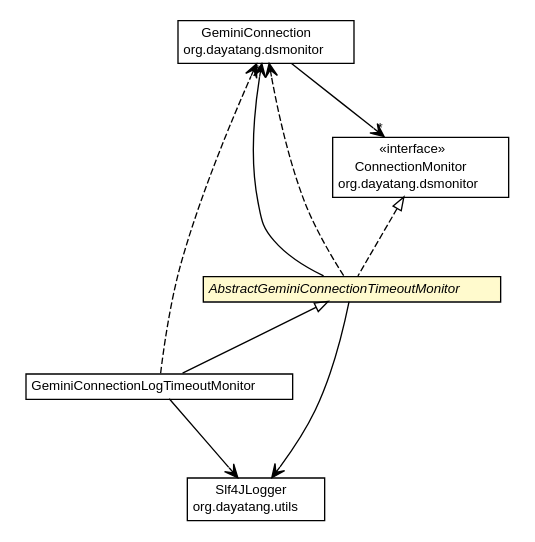
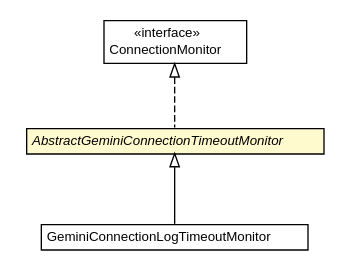
One commit to dayatang/dddlib changed the diagram in dddlib-datasource-monitor/apidocs/org/dayatang/dsmonitor/monitor/AbstractGeminiConnectionTimeoutMonitor.dot. Above: the diagram before and after it, drawn with Graphviz. The commit also changed 154 other files, not shown here.

```diff
--- a/dddlib-datasource-monitor/apidocs/org/dayatang/dsmonitor/monitor/AbstractGeminiConnectionTimeoutMonitor.dot
+++ b/dddlib-datasource-monitor/apidocs/org/dayatang/dsmonitor/monitor/AbstractGeminiConnectionTimeoutMonitor.dot
@@ -1,62 +1,35 @@
 #!/usr/local/bin/dot
 #
 # Class diagram 
 # Generated by UMLGraph version R5_6_6-8-g8d7759 (http://www.umlgraph.org/)
 #
 
 digraph G {
 	edge [fontname="Helvetica",fontsize=10,labelfontname="Helvetica",labelfontsize=10];
 	node [fontname="Helvetica",fontsize=10,shape=plaintext];
 	nodesep=0.25;
 	ranksep=0.5;
-	// org.dayatang.dsmonitor.GeminiConnection
-	c26 [label=<<table title="org.dayatang.dsmonitor.GeminiConnection" border="0" cellborder="1" cellspacing="0" cellpadding="2" port="p" href="../GeminiConnection.html">
-		<tr><td><table border="0" cellspacing="0" cellpadding="1">
-<tr><td align="center" balign="center"> GeminiConnection </td></tr>
-<tr><td align="center" balign="center"> org.dayatang.dsmonitor </td></tr>
-		</table></td></tr>
-		</table>>, URL="../GeminiConnection.html", fontname="Helvetica", fontcolor="black", fontsize=10.0];
 	// org.dayatang.dsmonitor.ConnectionMonitor
-	c49 [label=<<table title="org.dayatang.dsmonitor.ConnectionMonitor" border="0" cellborder="1" cellspacing="0" cellpadding="2" port="p" href="../ConnectionMonitor.html">
+	c26 [label=<<table title="org.dayatang.dsmonitor.ConnectionMonitor" border="0" cellborder="1" cellspacing="0" cellpadding="2" port="p" href="../ConnectionMonitor.html">
 		<tr><td><table border="0" cellspacing="0" cellpadding="1">
 <tr><td align="center" balign="center"> &#171;interface&#187; </td></tr>
 <tr><td align="center" balign="center"> ConnectionMonitor </td></tr>
-<tr><td align="center" balign="center"> org.dayatang.dsmonitor </td></tr>
 		</table></td></tr>
 		</table>>, URL="../ConnectionMonitor.html", fontname="Helvetica", fontcolor="black", fontsize=10.0];
 	// org.dayatang.dsmonitor.monitor.GeminiConnectionLogTimeoutMonitor
-	c51 [label=<<table title="org.dayatang.dsmonitor.monitor.GeminiConnectionLogTimeoutMonitor" border="0" cellborder="1" cellspacing="0" cellpadding="2" port="p" href="./GeminiConnectionLogTimeoutMonitor.html">
+	c28 [label=<<table title="org.dayatang.dsmonitor.monitor.GeminiConnectionLogTimeoutMonitor" border="0" cellborder="1" cellspacing="0" cellpadding="2" port="p" href="./GeminiConnectionLogTimeoutMonitor.html">
 		<tr><td><table border="0" cellspacing="0" cellpadding="1">
 <tr><td align="center" balign="center"> GeminiConnectionLogTimeoutMonitor </td></tr>
 		</table></td></tr>
 		</table>>, URL="./GeminiConnectionLogTimeoutMonitor.html", fontname="Helvetica", fontcolor="black", fontsize=10.0];
 	// org.dayatang.dsmonitor.monitor.AbstractGeminiConnectionTimeoutMonitor
-	c52 [label=<<table title="org.dayatang.dsmonitor.monitor.AbstractGeminiConnectionTimeoutMonitor" border="0" cellborder="1" cellspacing="0" cellpadding="2" port="p" bgcolor="lemonChiffon" href="./AbstractGeminiConnectionTimeoutMonitor.html">
+	c29 [label=<<table title="org.dayatang.dsmonitor.monitor.AbstractGeminiConnectionTimeoutMonitor" border="0" cellborder="1" cellspacing="0" cellpadding="2" port="p" bgcolor="lemonChiffon" href="./AbstractGeminiConnectionTimeoutMonitor.html">
 		<tr><td><table border="0" cellspacing="0" cellpadding="1">
 <tr><td align="center" balign="center"><font face="Helvetica-Oblique"> AbstractGeminiConnectionTimeoutMonitor </font></td></tr>
 		</table></td></tr>
 		</table>>, URL="./AbstractGeminiConnectionTimeoutMonitor.html", fontname="Helvetica", fontcolor="black", fontsize=10.0];
 	//org.dayatang.dsmonitor.monitor.GeminiConnectionLogTimeoutMonitor extends org.dayatang.dsmonitor.monitor.AbstractGeminiConnectionTimeoutMonitor
-	c52:p -> c51:p [dir=back,arrowtail=empty];
+	c29:p -> c28:p [dir=back,arrowtail=empty];
 	//org.dayatang.dsmonitor.monitor.AbstractGeminiConnectionTimeoutMonitor implements org.dayatang.dsmonitor.ConnectionMonitor
-	c49:p -> c52:p [dir=back,arrowtail=empty,style=dashed];
-	// org.dayatang.dsmonitor.GeminiConnection NAVASSOC org.dayatang.dsmonitor.ConnectionMonitor
-	c26:p -> c49:p [taillabel="", label=" "headlabel="*", fontname="Helvetica", fontcolor="black", fontsize=10.0, color="black", arrowhead=open];
-	// org.dayatang.dsmonitor.monitor.GeminiConnectionLogTimeoutMonitor NAVASSOC org.dayatang.utils.Slf4JLogger
-	c51:p -> c56:p [taillabel="", label=" "headlabel="", fontname="Helvetica", fontcolor="black", fontsize=10.0, color="black", arrowhead=open];
-	// org.dayatang.dsmonitor.monitor.AbstractGeminiConnectionTimeoutMonitor NAVASSOC org.dayatang.utils.Slf4JLogger
-	c52:p -> c56:p [taillabel="", label=" "headlabel="", fontname="Helvetica", fontcolor="black", fontsize=10.0, color="black", arrowhead=open];
-	// org.dayatang.dsmonitor.monitor.AbstractGeminiConnectionTimeoutMonitor NAVASSOC org.dayatang.dsmonitor.GeminiConnection
-	c52:p -> c26:p [taillabel="", label=" "headlabel="*", fontname="Helvetica", fontcolor="black", fontsize=10.0, color="black", arrowhead=open];
-	// org.dayatang.dsmonitor.monitor.GeminiConnectionLogTimeoutMonitor DEPEND org.dayatang.dsmonitor.GeminiConnection
-	c51:p -> c26:p [taillabel="", label=" "headlabel="", fontname="Helvetica", fontcolor="black", fontsize=10.0, color="black", arrowhead=open, style=dashed];
-	// org.dayatang.dsmonitor.monitor.AbstractGeminiConnectionTimeoutMonitor DEPEND org.dayatang.dsmonitor.GeminiConnection
-	c52:p -> c26:p [taillabel="", label=" "headlabel="", fontname="Helvetica", fontcolor="black", fontsize=10.0, color="black", arrowhead=open, style=dashed];
-	// org.dayatang.utils.Slf4JLogger
-	c56 [label=<<table title="org.dayatang.utils.Slf4JLogger" border="0" cellborder="1" cellspacing="0" cellpadding="2" port="p" href="http://java.sun.com/j2se/1.4.2/docs/api/org/dayatang/utils/Slf4JLogger.html">
-		<tr><td><table border="0" cellspacing="0" cellpadding="1">
-<tr><td align="center" balign="center"> Slf4JLogger </td></tr>
-<tr><td align="center" balign="center"> org.dayatang.utils </td></tr>
-		</table></td></tr>
-		</table>>, URL="http://java.sun.com/j2se/1.4.2/docs/api/org/dayatang/utils/Slf4JLogger.html", fontname="Helvetica", fontcolor="black", fontsize=10.0];
+	c26:p -> c29:p [dir=back,arrowtail=empty,style=dashed];
 }
```
